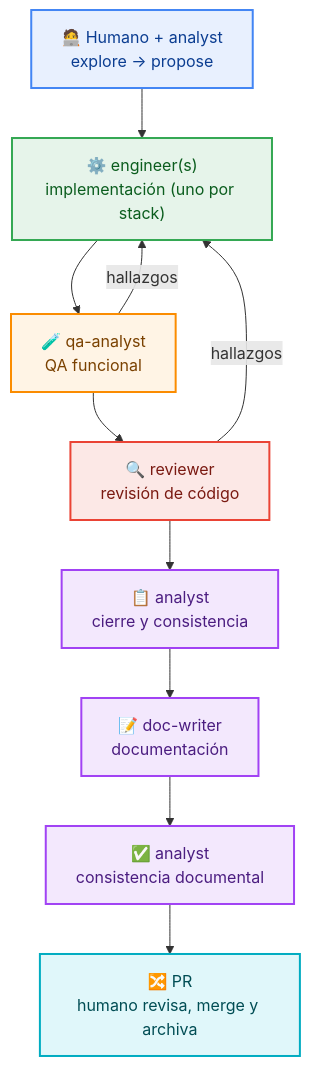
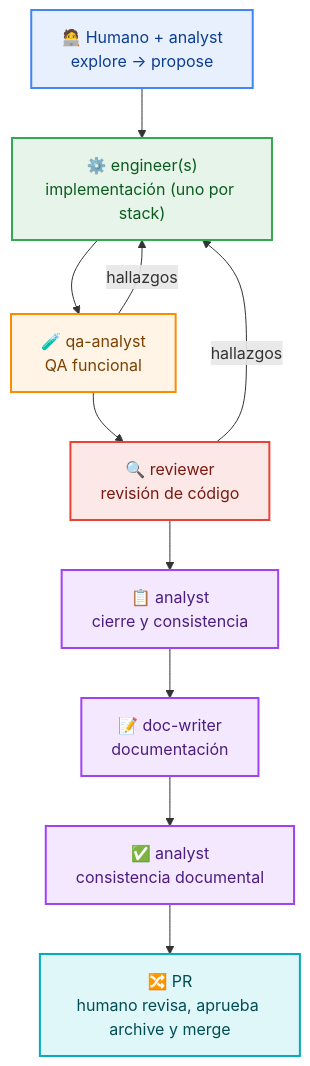
The diagram in docs/README.md (cedaniel200/atlas-template), drawn with Mermaid before and after one commit. The commit also changed other lines of this file and 6 other files, not shown here.

First line of the commit message:
docs(close): archiva dentro del PR antes del merge

````diff
--- a/docs/README.md
+++ b/docs/README.md
@@ -35,23 +35,23 @@
 ```mermaid
 flowchart TD
     H["🧑‍💻 Humano + analyst<br/>explore → propose"]:::human
     E["⚙️ engineer(s)<br/>implementación (uno por stack)"]:::impl
     Q["🧪 qa-analyst<br/>QA funcional"]:::qa
     R["🔍 reviewer<br/>revisión de código"]:::review
     C["📋 analyst<br/>cierre y consistencia"]:::doc
     D["📝 doc-writer<br/>documentación"]:::doc
     V["✅ analyst<br/>consistencia documental"]:::doc
-    P["🔀 PR<br/>humano revisa, merge y archiva"]:::pr
+    P["🔀 PR<br/>humano revisa, aprueba archive y merge"]:::pr
 
     H --> E --> Q --> R
     Q -->|hallazgos| E
     R -->|hallazgos| E
     R --> C --> D --> V --> P
 
     classDef human fill:#E8F0FE,stroke:#4285F4,stroke-width:2px,color:#0B3D91
     classDef impl fill:#E6F4EA,stroke:#34A853,stroke-width:2px,color:#0B5D1E
     classDef qa fill:#FFF4E5,stroke:#FB8C00,stroke-width:2px,color:#7A4100
     classDef review fill:#FCE8E6,stroke:#EA4335,stroke-width:2px,color:#7A1A12
     classDef doc fill:#F3E8FD,stroke:#A142F4,stroke-width:2px,color:#4B1D80
     classDef pr fill:#E0F7FA,stroke:#00ACC1,stroke-width:2px,color:#004D54
 ```
````
